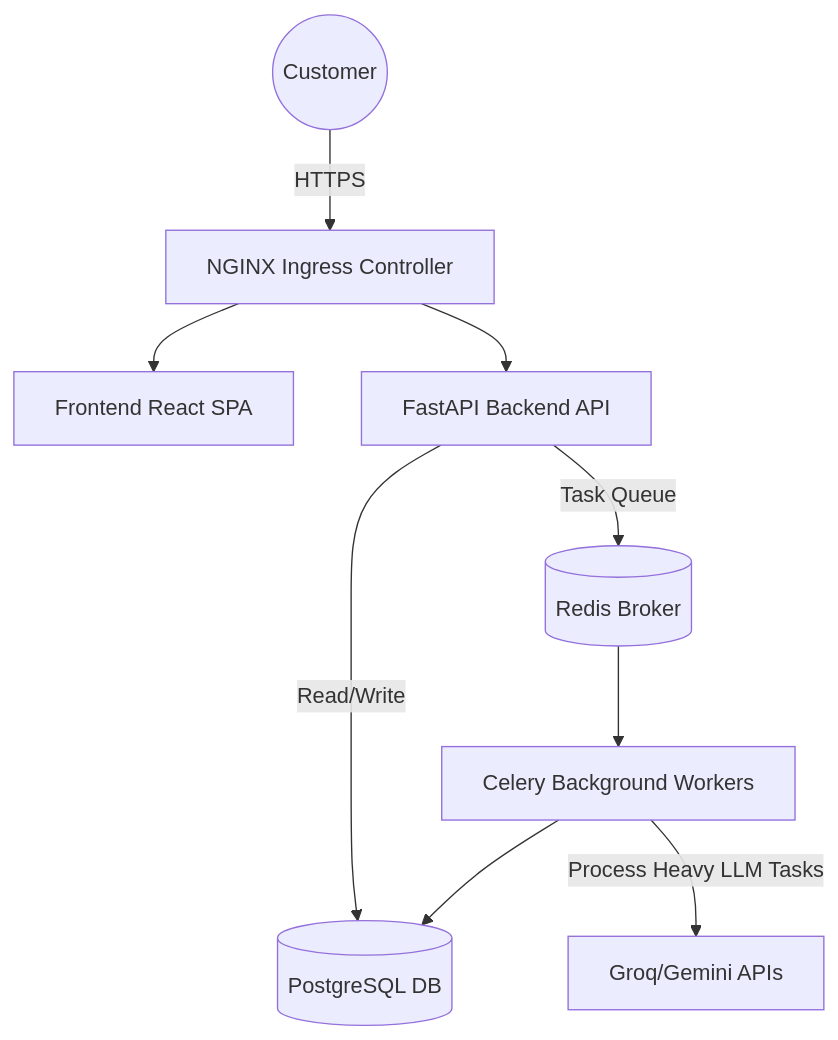
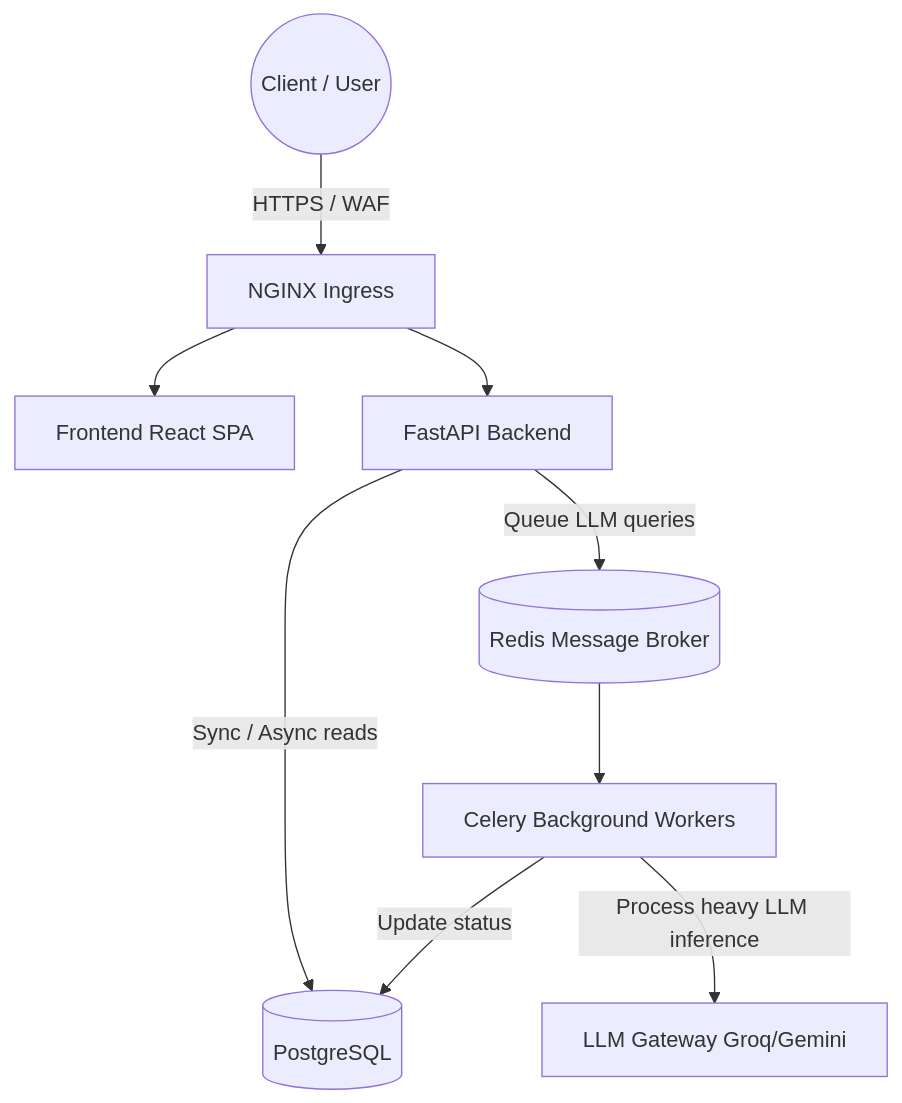
One commit to ahmedgeeter/shiphny-ai-support changed the diagram in README.md. Above: the diagram before and after it, drawn with Mermaid. The commit also changed other lines of this file and 59 other files, not shown here.

````diff
--- a/README.md
+++ b/README.md
@@ -50,13 +44,13 @@
 ```mermaid
 graph TD
-    User((Customer)) --> |HTTPS| Ingress[NGINX Ingress Controller]
+    User((Client / User)) --> |HTTPS / WAF| Ingress[NGINX Ingress]
     Ingress --> Frontend[Frontend React SPA]
-    Ingress --> Backend[FastAPI Backend API]
+    Ingress --> Backend[FastAPI Backend]
     
-    Backend --> |Read/Write| DB[(PostgreSQL DB)]
-    Backend --> |Task Queue| Redis[(Redis Broker)]
+    Backend --> |Sync / Async reads| DB[(PostgreSQL)]
+    Backend --> |Queue LLM queries| Redis[(Redis Message Broker)]
     
     Redis --> Worker[Celery Background Workers]
-    Worker --> |Process Heavy LLM Tasks| AI[Groq/Gemini APIs]
-    Worker --> DB
+    Worker --> |Process heavy LLM inference| AI[LLM Gateway Groq/Gemini]
+    Worker --> |Update status| DB
 ```
````
